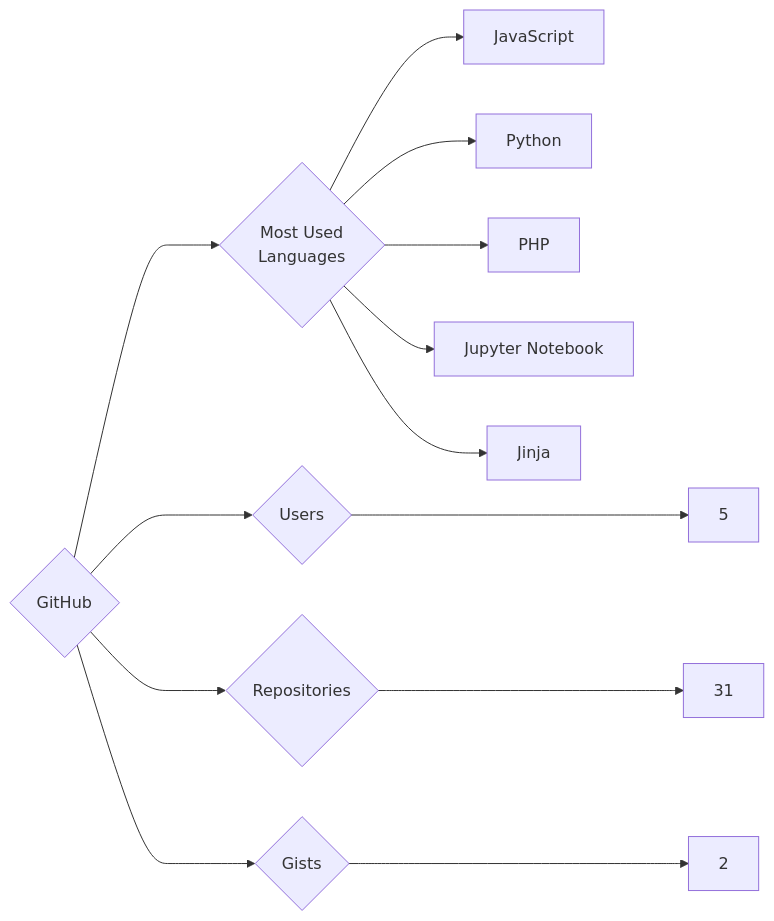
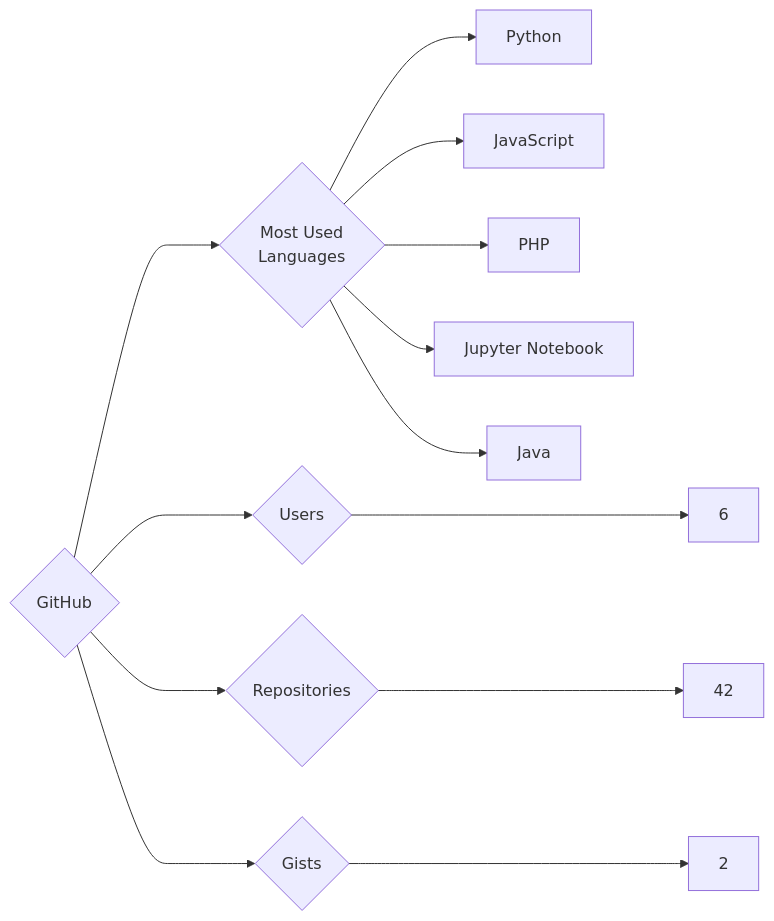
Before and after one commit to trickest/insiders: the diagram in targets/GitHub/README.md, drawn with Mermaid. The commit also changed 865 other files, not shown here.

````diff
--- a/targets/GitHub/README.md
+++ b/targets/GitHub/README.md
@@ -3,13 +3,13 @@
 ```mermaid
 graph LR
 COMPANY_NAME{GitHub}
-COMPANY_NAME ---> U{Users} ---> UN[5]
-COMPANY_NAME ---> R{Repositories} ---> RN[31]
+COMPANY_NAME ---> U{Users} ---> UN[6]
+COMPANY_NAME ---> R{Repositories} ---> RN[42]
 COMPANY_NAME ---> G{Gists} ---> GN[2]
 COMPANY_NAME ---> ML{Most Used<br>Languages}
+ML --> Python[Python]
 ML --> JavaScript[JavaScript]
-ML --> Python[Python]
 ML --> PHP[PHP]
 ML --> Jupyter_Notebook[Jupyter Notebook]
-ML --> Jinja[Jinja]
+ML --> Java[Java]
 ```
````
